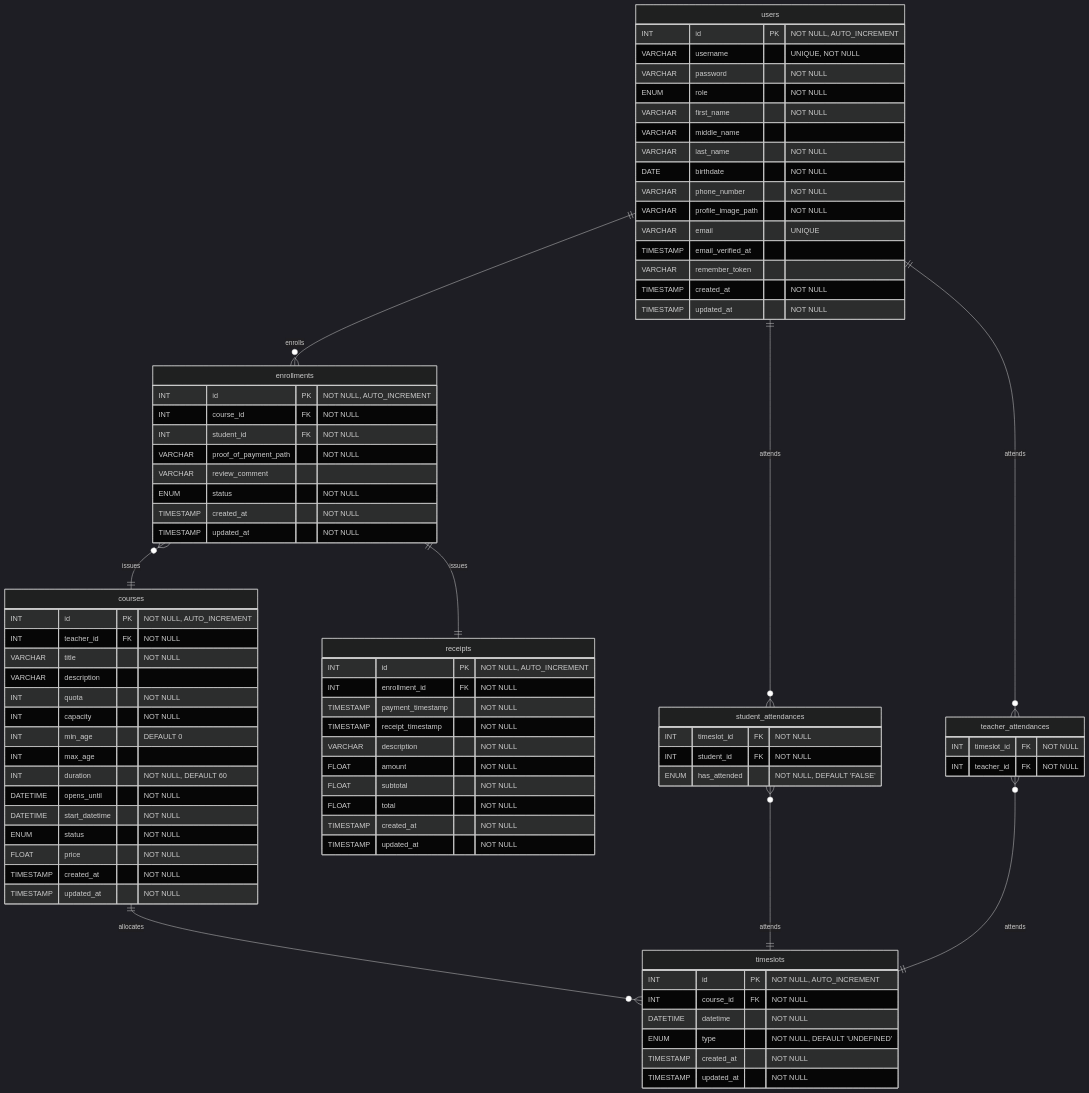
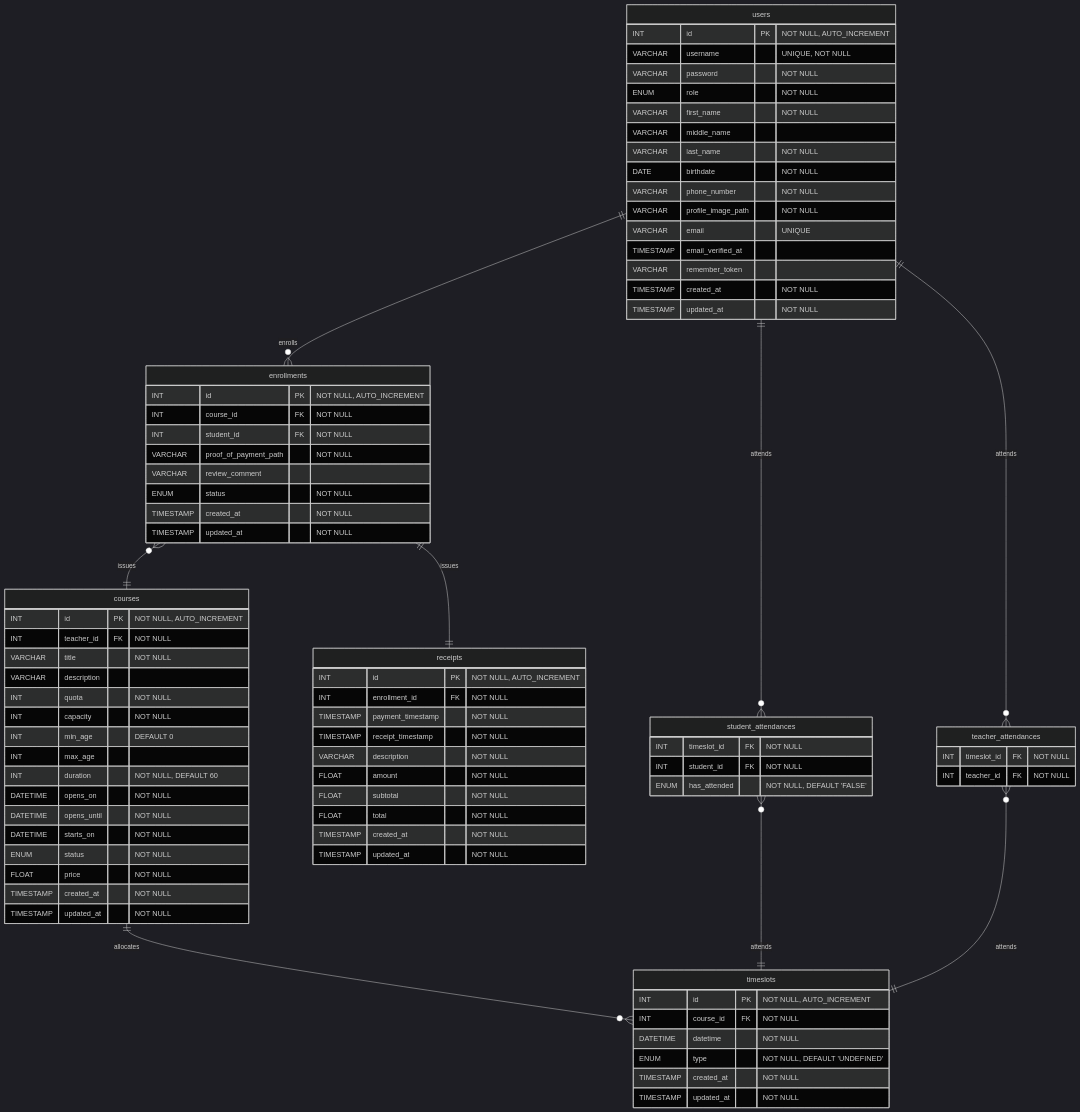
The diagram in Design/er.md (SaluteKevin/AQkid), drawn with Mermaid (dark theme) before and after one commit. The commit also changed 2 other files, not shown here.

Commit message:
Update ER diagram
* Add field to courses table
  Added `courses`.`opens_on`.
* Alter field on courses table
  Changed `courses`.`start_datetime` to `courses`.`starts_on` for consistent naming.

```diff
--- a/Design/er.md
+++ b/Design/er.md
@@ -32,8 +32,9 @@
         INT min_age "DEFAULT 0"
         INT max_age
         INT duration "NOT NULL, DEFAULT 60"
+        DATETIME opens_on "NOT NULL"
         DATETIME opens_until "NOT NULL"
-        DATETIME start_datetime "NOT NULL"
+        DATETIME starts_on "NOT NULL"
         ENUM status "NOT NULL"
         FLOAT price "NOT NULL"
         TIMESTAMP created_at "NOT NULL"
```
